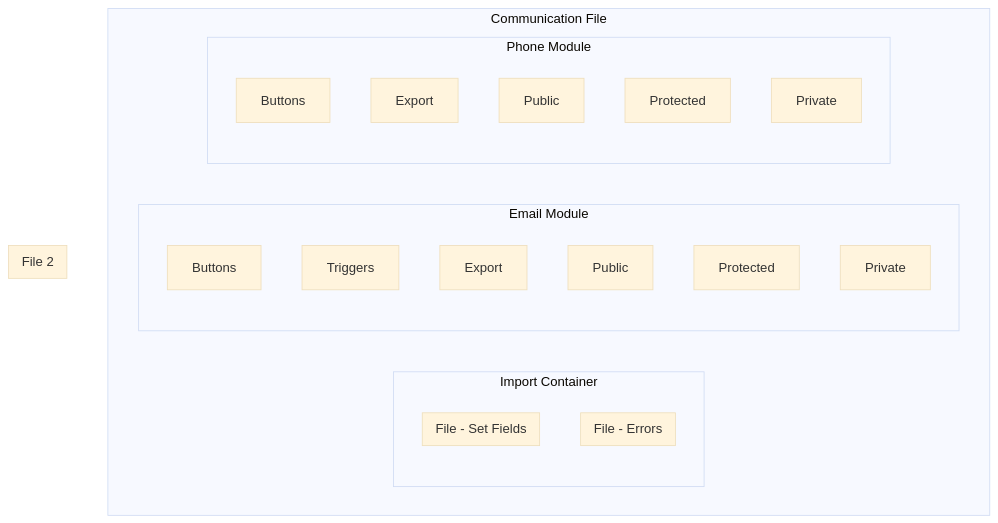
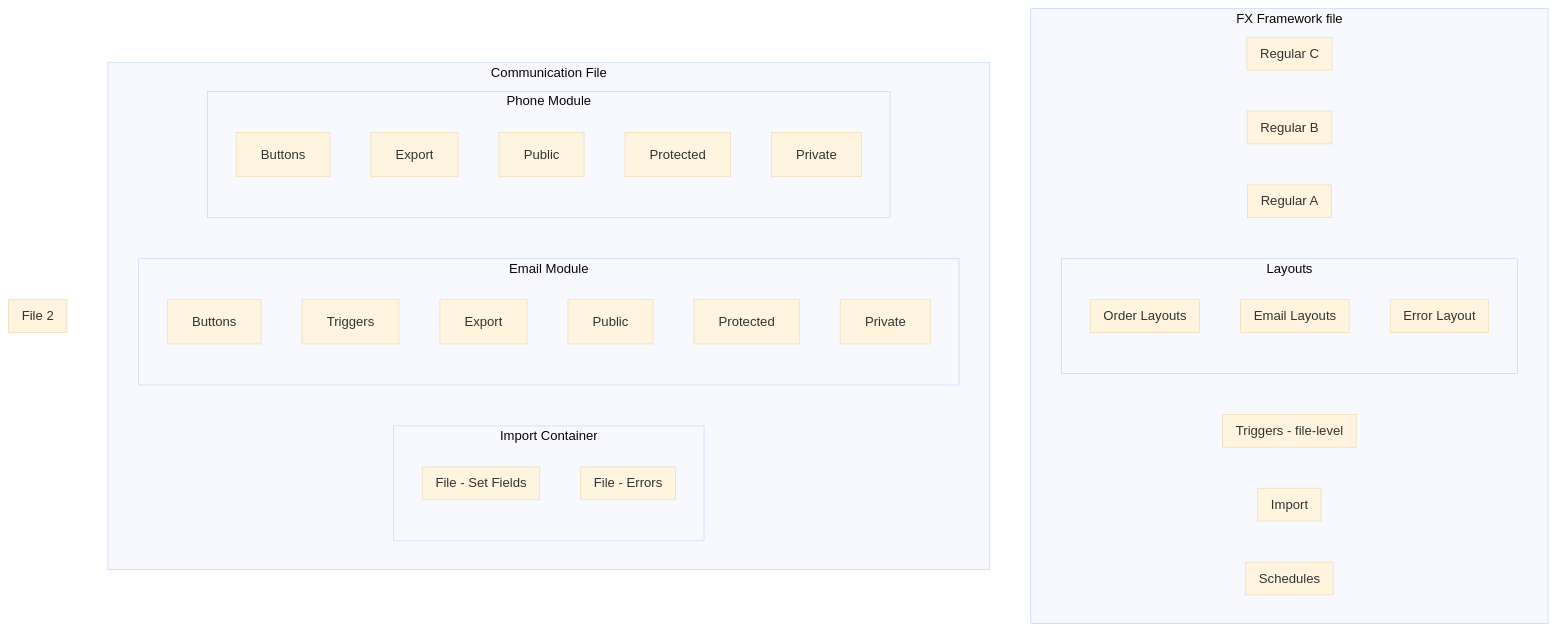
The diagram in Mermaid_Test.md (CloudChi/FX-Framework), drawn with Mermaid (base theme) before and after one commit.

````diff
--- a/Mermaid_Test.md
+++ b/Mermaid_Test.md
@@ -3,30 +3,52 @@
 ```mermaid
 flowchart TB
+  subgraph FX Framework file
+  subgraph Schedules
+  end
+  subgraph Import
+  end
+  subgraph Triggers - file-level
+  end  
+  subgraph Layouts
+  subgraph Error Layout
+  end
+  subgraph Email Layouts
+  end
+  subgraph Order Layouts
+  end
+  end
+  subgraph Regular A
+  end
+  subgraph Regular B
+  end
+  subgraph Regular C
+  end
+  end
   subgraph Communication File
   subgraph Import Container
   direction TB
   subgraph File - Errors
   end
   subgraph File - Set Fields
   end
   end
   subgraph Email Module
   direction TB
   A[Buttons]
   B[Triggers]
   C[Export]
   D[Public]
   E[Protected]
   F[Private]
   end
   subgraph Phone Module
   G[Buttons]
   H[Export]
   I[Public]
   J[Protected]
   K[Private]
   end
   end
   subgraph File 2
   end
 ```
````
